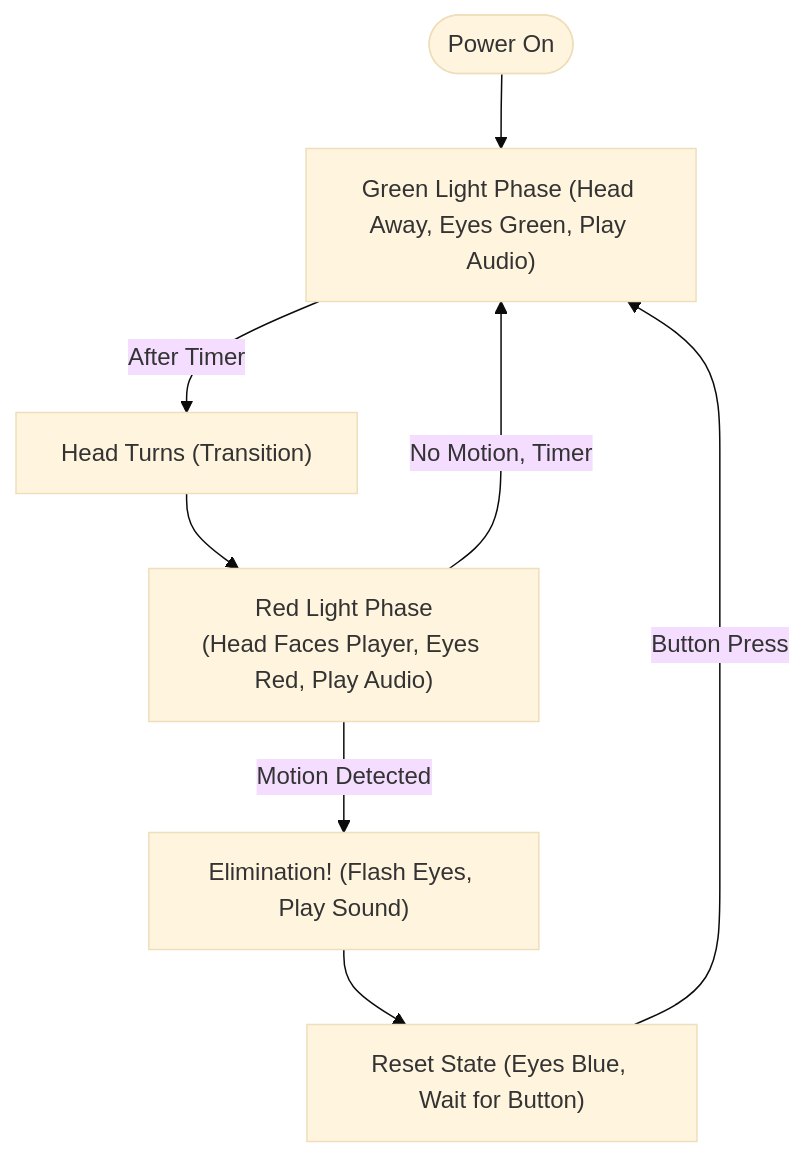
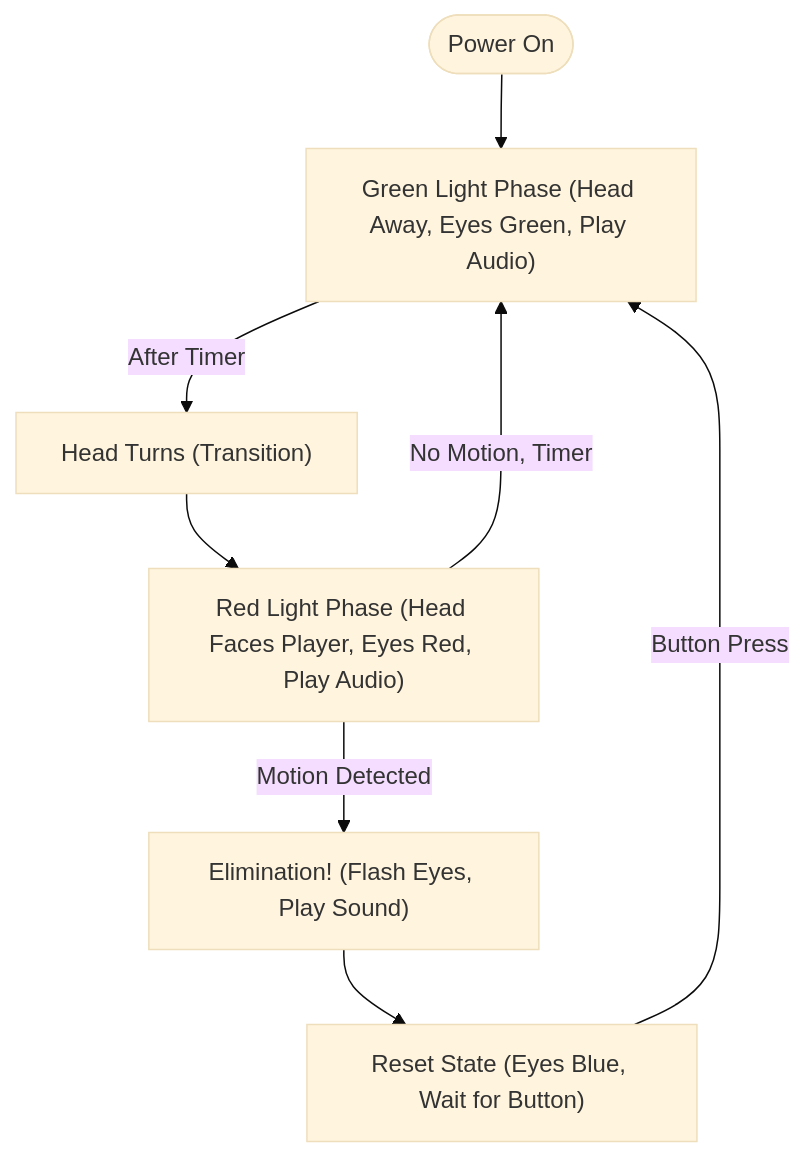
One commit to Akshat394/Squid-Game-Doll-Embedded-Real-Time-Motion-Detection-System changed the diagram in README.md. Above: the diagram before and after it, drawn with Mermaid (base theme).

````diff
--- a/README.md
+++ b/README.md
@@ -34,10 +34,10 @@
 ```mermaid
 flowchart TD
     Start([Power On]) --> Green["Green Light Phase (Head Away, Eyes Green, Play Audio)"]
     Green -->|After Timer| RedTrans["Head Turns (Transition)"]
-    RedTrans --> Red["Red Light Phase\n(Head Faces Player, Eyes Red, Play Audio)"]
+    RedTrans --> Red["Red Light Phase (Head Faces Player, Eyes Red, Play Audio)"]
     Red -->|Motion Detected| Elim["Elimination! (Flash Eyes, Play Sound)"]
     Red -->|No Motion, Timer| Green
     Elim --> Reset["Reset State (Eyes Blue, Wait for Button)"]
     Reset -->|Button Press| Green
 ```
````
